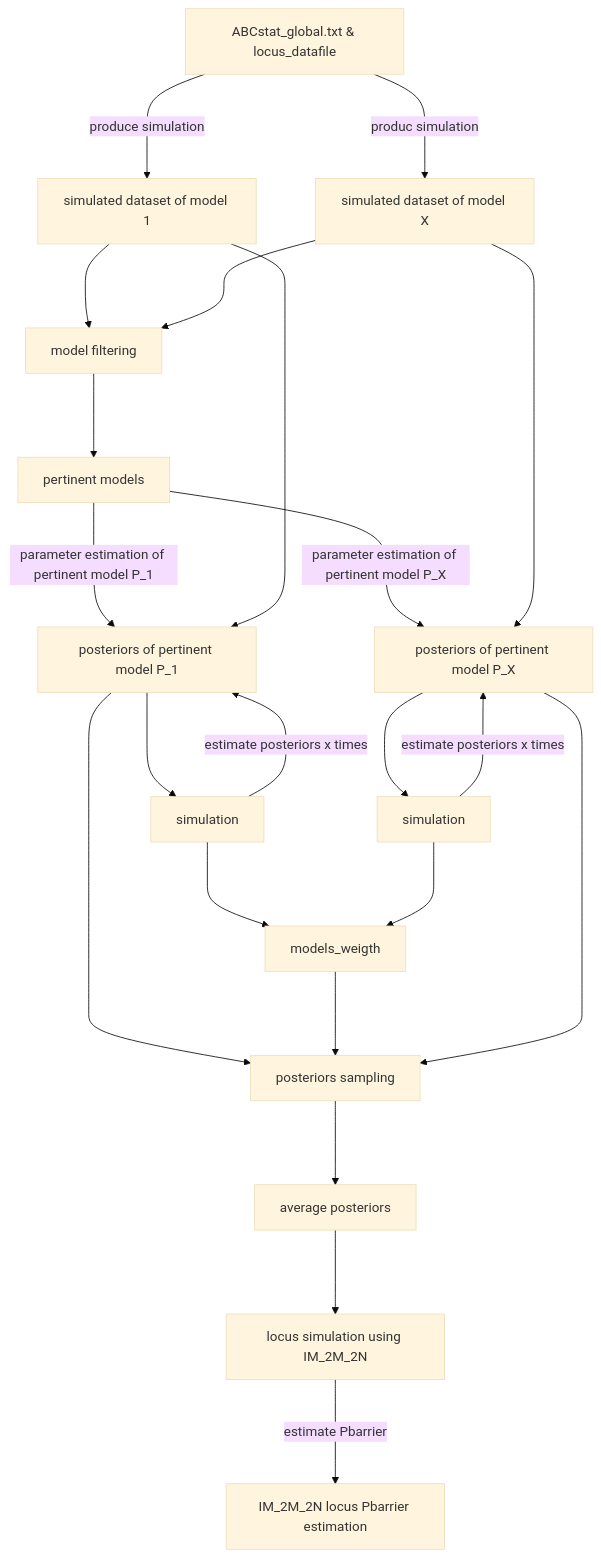
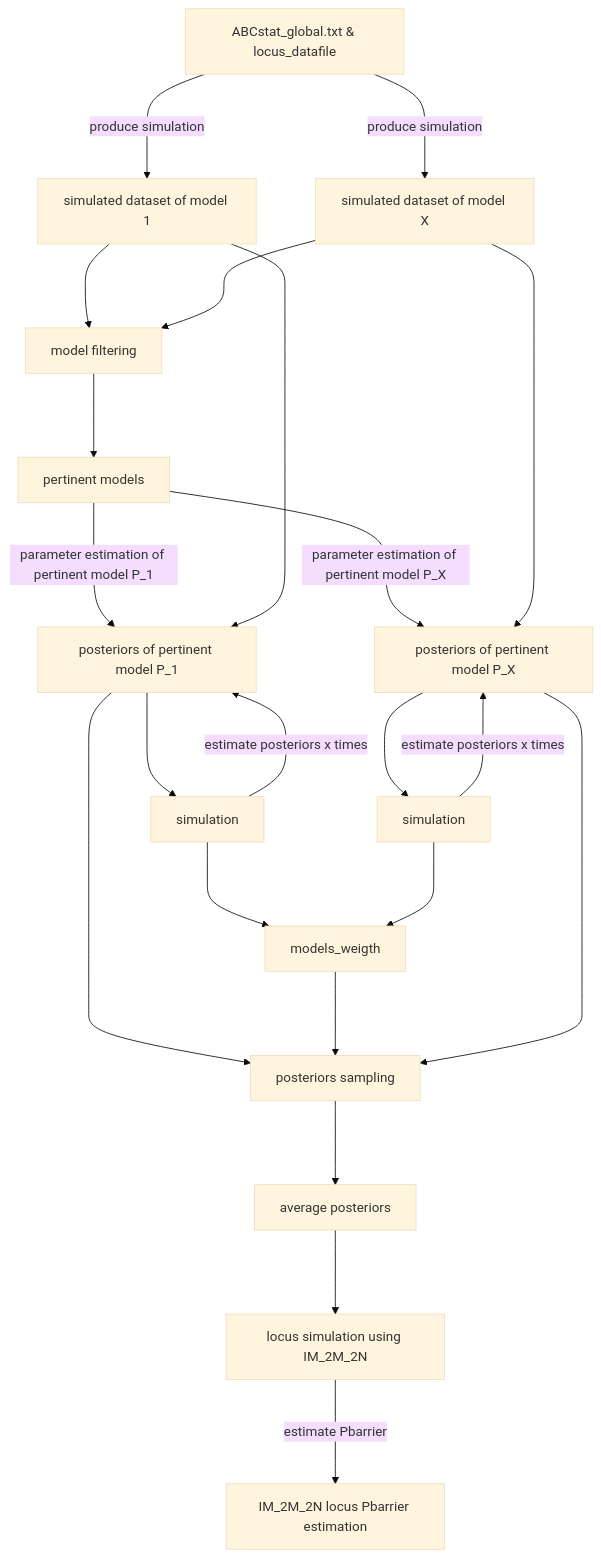
One commit to EwenBurban/obsidian changed the second of 4 diagrams in RIDGE/RIDGE pipeline.md. Above: the diagram before and after it, drawn with Mermaid (base theme). The commit also changed other lines of this file, not shown here.

````diff
--- a/RIDGE/RIDGE pipeline.md
+++ b/RIDGE/RIDGE pipeline.md
@@ -42,25 +42,25 @@
 ```mermaid
 graph TD
 
 
 C[ABCstat_global.txt & locus_datafile] ---> | produce simulation | D[simulated dataset of model 1]
-C ---> | produc simulation| DB[simulated dataset of model X]
+C ---> | produce simulation| DB[simulated dataset of model X]
 D ---> E[model filtering] 
 DB ---> E
 E ---> F[pertinent models]
 F ---> | parameter estimation of pertinent model P_1| G[posteriors of pertinent model P_1]
 F ---> | parameter estimation of pertinent model P_X| H[posteriors of pertinent model P_X]
 D ---> G
 DB ---> H
 G ---> I[simulation] ---> | estimate posteriors x times| G
 H ---> II[simulation] ---> | estimate posteriors x times| H
 I ---> J[models_weigth]
 II ---> J
 
 G ---> K[posteriors sampling]
 J ---> K
 H ---> K
 K ---> L[average posteriors]
 L ---> M[locus simulation using IM_2M_2N]
 M ---> | estimate Pbarrier | N[IM_2M_2N locus Pbarrier estimation]
 ```
````
